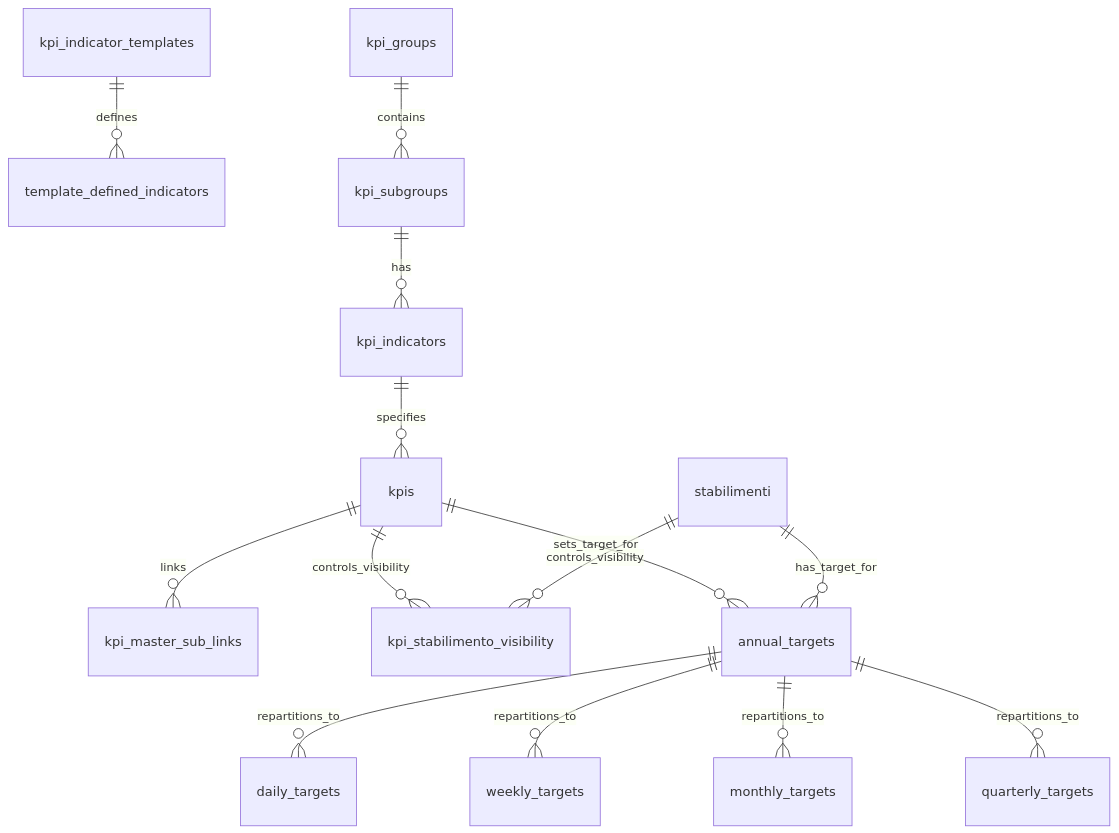
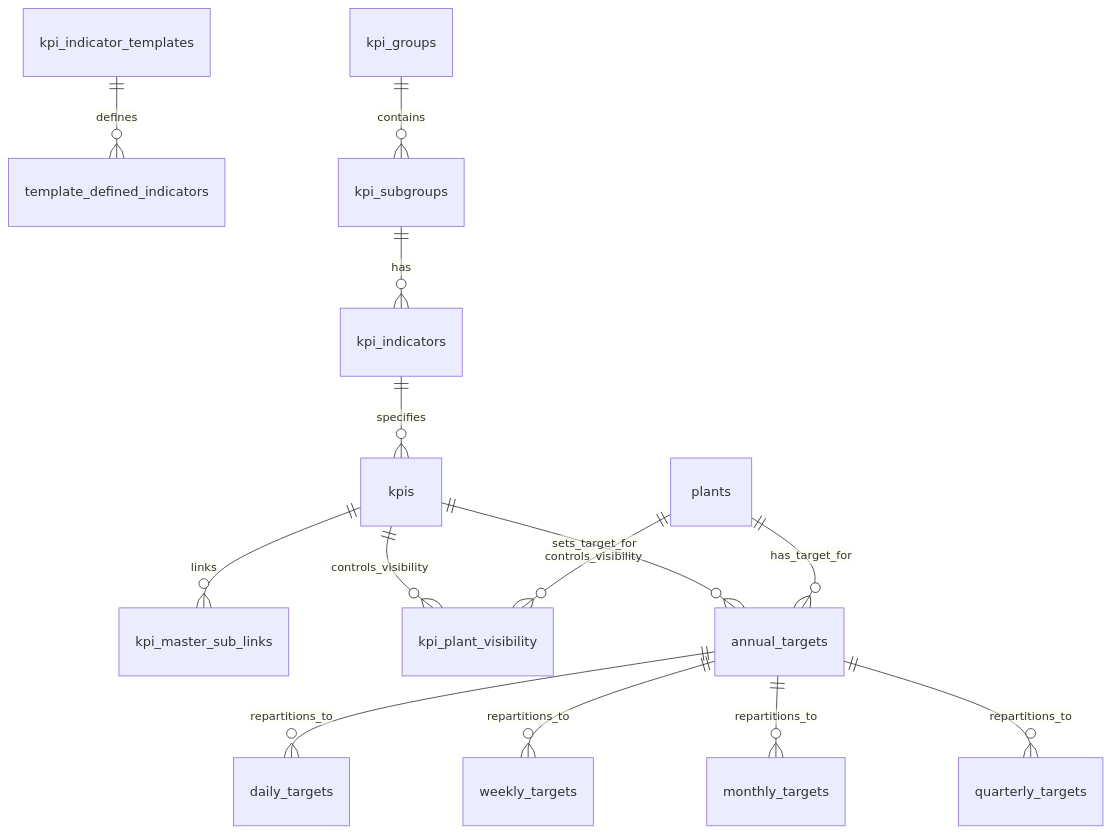
One commit to MGriot/dataentryKPI changed the diagram in docs/database_schema.md. Above: the diagram before and after it, drawn with Mermaid. The commit also changed other lines of this file and 44 other files, not shown here.

First line of the commit message:
Refactor plant naming and update database schema

````diff
--- a/docs/database_schema.md
+++ b/docs/database_schema.md
@@ -222,16 +222,16 @@
 ```mermaid
 erDiagram
     kpi_indicator_templates ||--o{ template_defined_indicators : "defines"
     kpi_groups ||--o{ kpi_subgroups : "contains"
     kpi_subgroups ||--o{ kpi_indicators : "has"
     kpi_indicators ||--o{ kpis : "specifies"
     kpis ||--o{ kpi_master_sub_links : "links"
-    kpis ||--o{ kpi_stabilimento_visibility : "controls_visibility"
-    stabilimenti ||--o{ kpi_stabilimento_visibility : "controls_visibility"
+    kpis ||--o{ kpi_plant_visibility : "controls_visibility"
+    plants ||--o{ kpi_plant_visibility : "controls_visibility"
     kpis ||--o{ annual_targets : "sets_target_for"
-    stabilimenti ||--o{ annual_targets : "has_target_for"
+    plants ||--o{ annual_targets : "has_target_for"
     annual_targets ||--o{ daily_targets : "repartitions_to"
     annual_targets ||--o{ weekly_targets : "repartitions_to"
     annual_targets ||--o{ monthly_targets : "repartitions_to"
     annual_targets ||--o{ quarterly_targets : "repartitions_to"
 ```
````
